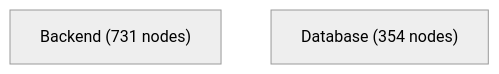
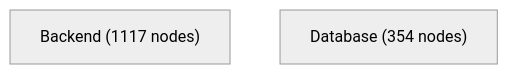
The first of 4 diagrams in docs/architecture-analysis/architecture.report.md (jankneumann/agentic-coding-tools), drawn with Mermaid (neutral theme) before and after one commit. The commit also changed other lines of this file and 20 other files, not shown here.

First line of the commit message:
chore(openspec): archive add-prototyping-stage + refresh architecture

````diff
--- a/docs/architecture-analysis/architecture.report.md
+++ b/docs/architecture-analysis/architecture.report.md
@@ -436,5 +449,5 @@
 ```mermaid
 flowchart TB
-    Backend["Backend (731 nodes)"]
+    Backend["Backend (1117 nodes)"]
     Database["Database (354 nodes)"]
 ```
````
